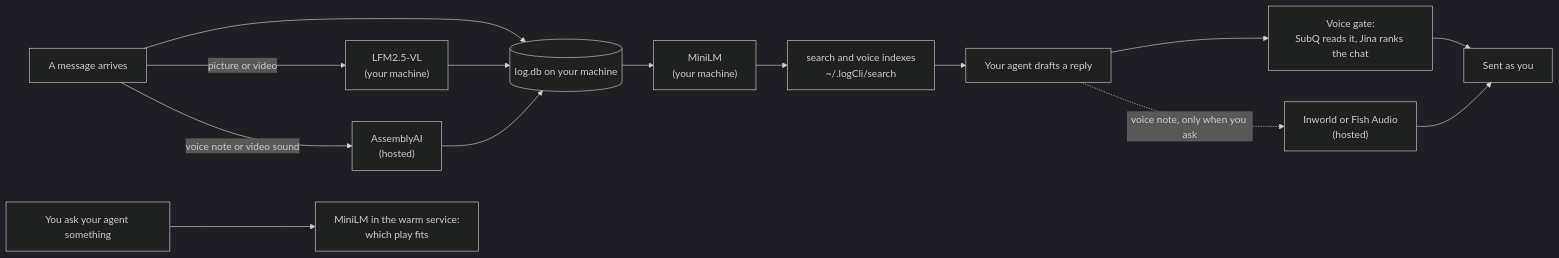
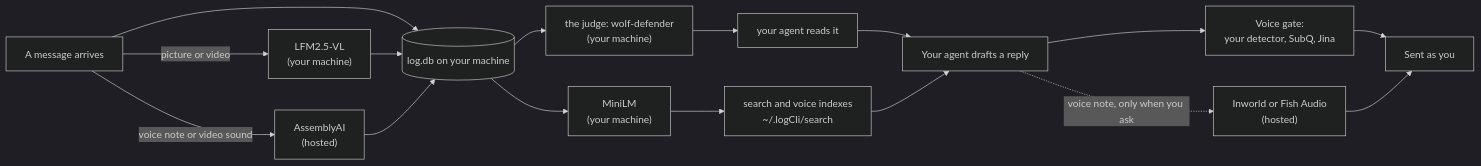
The diagram in docs/models.md (aggelos-pappas/log), drawn with Mermaid (dark theme) before and after one commit. The commit also changed other lines of this file and 9 other files, not shown here.

````diff
--- a/docs/models.md
+++ b/docs/models.md
@@ -21,12 +23,12 @@
 ```mermaid
 flowchart LR
   IN["A message arrives"] --> DB[("log.db on your machine")]
   IN -->|picture or video| VL["LFM2.5-VL<br/>(your machine)"] --> DB
   IN -->|voice note or video sound| AA["AssemblyAI<br/>(hosted)"] --> DB
+  DB --> WD["the judge: wolf-defender<br/>(your machine)"] --> READ["your agent reads it"]
   DB --> ML["MiniLM<br/>(your machine)"] --> IDX["search and voice indexes<br/>~/.logCli/search"]
-  ASK["You ask your agent something"] --> ML2["MiniLM in the warm service:<br/>which play fits"]
-  IDX --> DRAFT["Your agent drafts a reply"]
-  DRAFT --> GATE["Voice gate:<br/>SubQ reads it, Jina ranks the chat"]
+  READ & IDX --> DRAFT["Your agent drafts a reply"]
+  DRAFT --> GATE["Voice gate:<br/>your detector, SubQ, Jina"]
   GATE --> SEND["Sent as you"]
   DRAFT -. voice note, only when you ask .-> TTS["Inworld or Fish Audio<br/>(hosted)"] --> SEND
 ```
````
